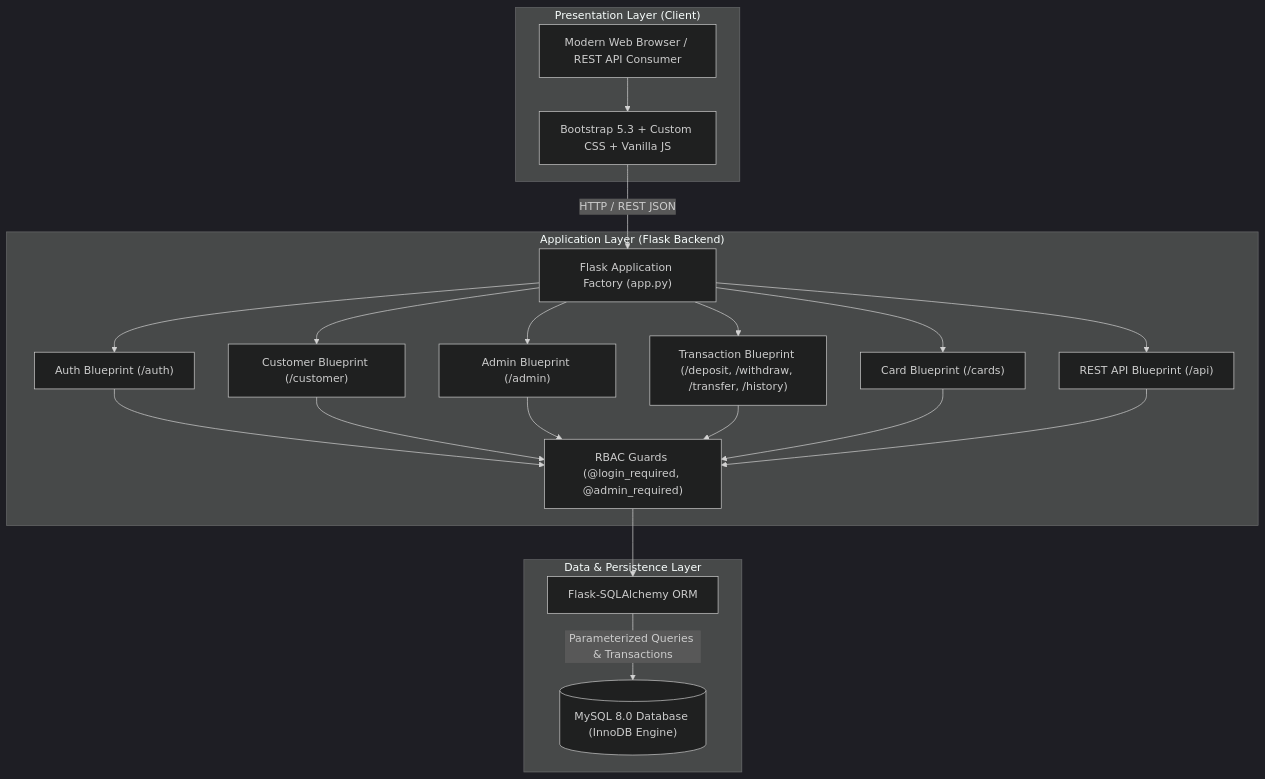
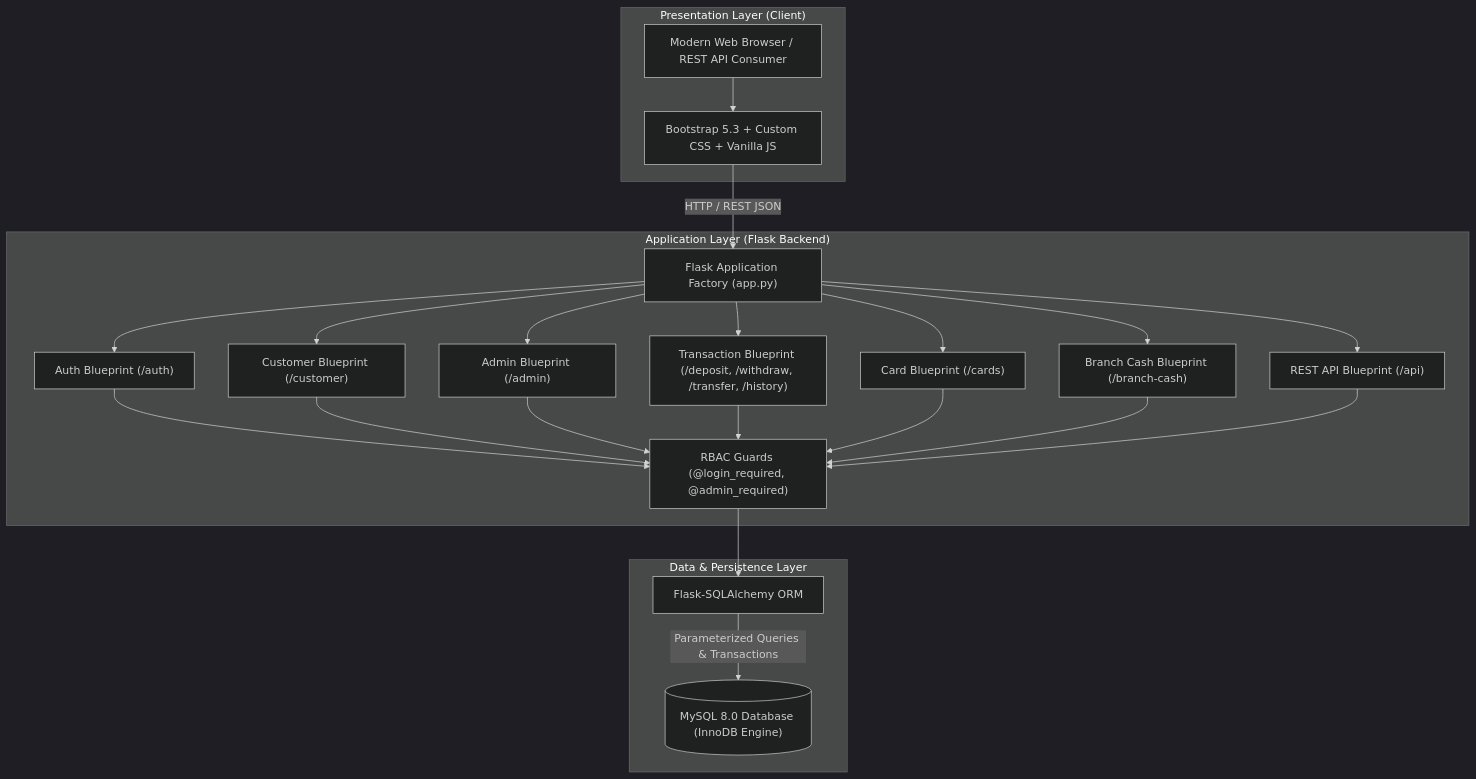
One commit to saraswathiuppunuri/smartbank changed the first of 2 diagrams in README.md. Above: the diagram before and after it, drawn with Mermaid (dark theme). The commit also changed other lines of this file and 17 other files, not shown here.

Commit message:
feat: add digital cash withdrawal slip pre-booking, fast-track branch counter, and manager approval console

````diff
--- a/README.md
+++ b/README.md
@@ -99,36 +115,38 @@
 ```mermaid
 flowchart TD
     subgraph Client["Presentation Layer (Client)"]
         Browser["Modern Web Browser / REST API Consumer"]
         UI["Bootstrap 5.3 + Custom CSS + Vanilla JS"]
     end
 
     subgraph Server["Application Layer (Flask Backend)"]
         App["Flask Application Factory (app.py)"]
         AuthBP["Auth Blueprint (/auth)"]
         CustBP["Customer Blueprint (/customer)"]
         AdminBP["Admin Blueprint (/admin)"]
         TxnBP["Transaction Blueprint (/deposit, /withdraw, /transfer, /history)"]
         CardBP["Card Blueprint (/cards)"]
+        BranchCashBP["Branch Cash Blueprint (/branch-cash)"]
         ApiBP["REST API Blueprint (/api)"]
         Decorators["RBAC Guards (@login_required, @admin_required)"]
     end
 
     subgraph DataLayer["Data & Persistence Layer"]
         ORM["Flask-SQLAlchemy ORM"]
         MySQL[("MySQL 8.0 Database (InnoDB Engine)")]
     end
 
     Browser --> UI
     UI -->|HTTP / REST JSON| App
     App --> AuthBP
     App --> CustBP
     App --> AdminBP
     App --> TxnBP
     App --> CardBP
+    App --> BranchCashBP
     App --> ApiBP
     
-    AuthBP & CustBP & AdminBP & TxnBP & CardBP & ApiBP --> Decorators
+    AuthBP & CustBP & AdminBP & TxnBP & CardBP & BranchCashBP & ApiBP --> Decorators
     Decorators --> ORM
     ORM -->|Parameterized Queries & Transactions| MySQL
 ```
````
